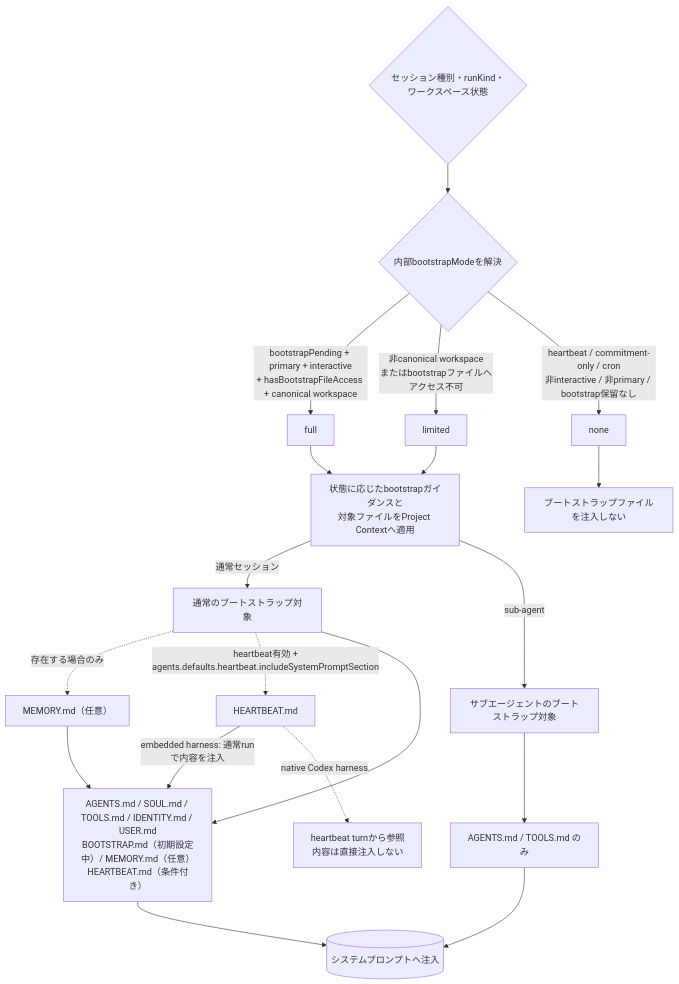
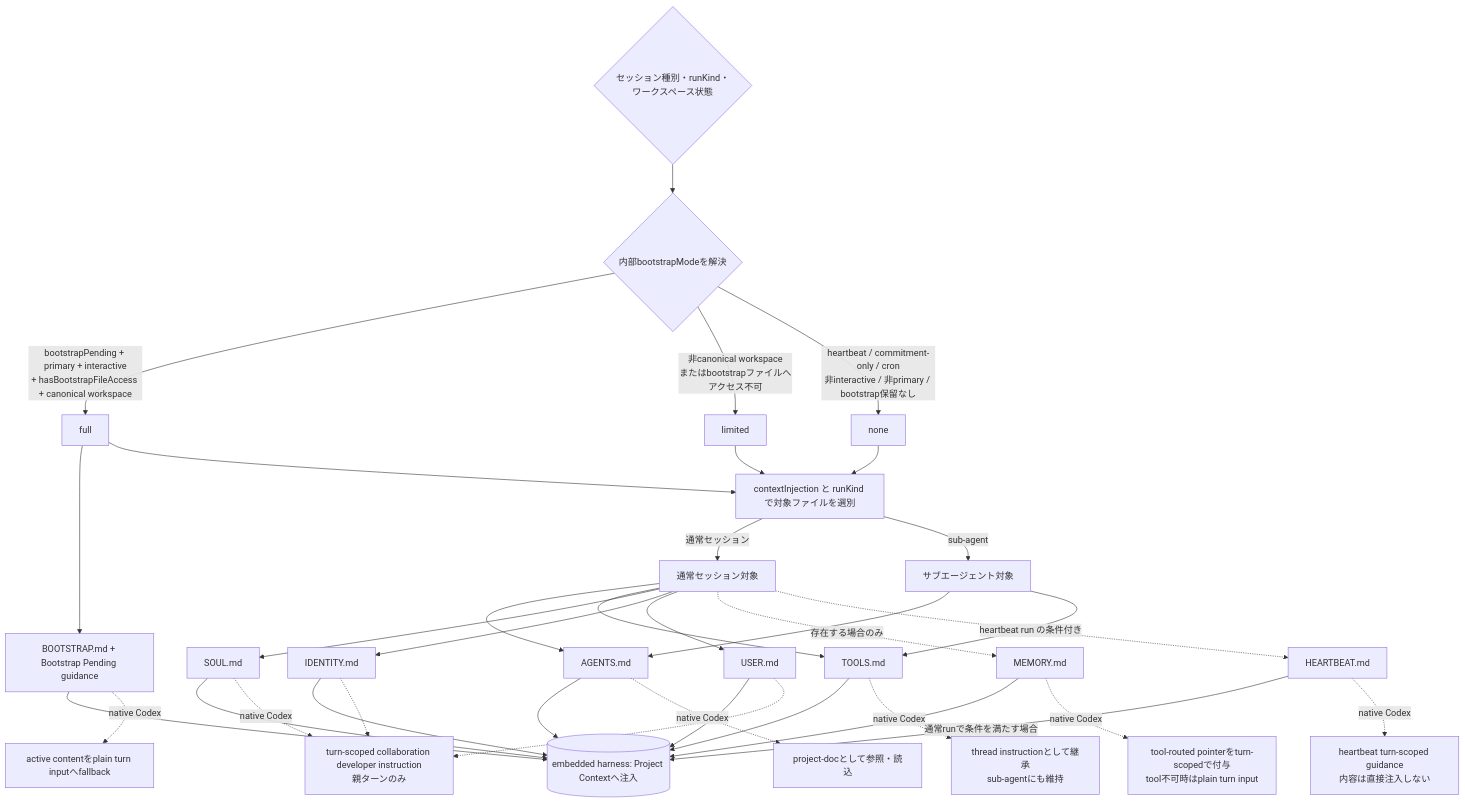
Before and after one commit to myoshi2891/Comparison-of-LLMs: the third of 7 diagrams in archive/md/agent/Openclaw-agent-best-practices.md, drawn with Mermaid. The commit also changed other lines of this file, not shown here.

Commit message:
docs(openclaw): clarify bootstrap and email safety boundaries

````diff
--- a/archive/md/agent/Openclaw-agent-best-practices.md
+++ b/archive/md/agent/Openclaw-agent-best-practices.md
@@ -107,24 +107,39 @@
 ```mermaid
 flowchart TB
     MODE{"セッション種別・runKind・<br/>ワークスペース状態"}
     MODE --> RESOLVE{"内部bootstrapModeを解決"}
     RESOLVE -->|"bootstrapPending + primary + interactive<br/>+ hasBootstrapFileAccess + canonical workspace"| FULL["full"]
     RESOLVE -->|"非canonical workspace<br/>またはbootstrapファイルへアクセス不可"| LIMITED["limited"]
     RESOLVE -->|"heartbeat / commitment-only / cron<br/>非interactive / 非primary / bootstrap保留なし"| NONE["none"]
-    FULL --> APPLY["状態に応じたbootstrapガイダンスと<br/>対象ファイルをProject Contextへ適用"]
-    LIMITED --> APPLY
-    NONE --> NOBOOT["ブートストラップファイルを注入しない"]
-    APPLY -->|"通常セッション"| MAIN["通常のブートストラップ対象"]
-    MAIN -.->|"存在する場合のみ"| MEM["MEMORY.md（任意）"]
-    MAINFILES["AGENTS.md / SOUL.md / TOOLS.md / IDENTITY.md / USER.md<br/>BOOTSTRAP.md（初期設定中）/ MEMORY.md（任意）<br/>HEARTBEAT.md（条件付き）"]
-    MAIN -.->|"heartbeat有効 +<br/>agents.defaults.heartbeat.includeSystemPromptSection"| HEARTBEAT["HEARTBEAT.md"]
-    HEARTBEAT -->|"embedded harness: 通常runで内容を注入"| MAINFILES
-    HEARTBEAT -.->|"native Codex harness"| HEARTBEATTURN["heartbeat turnから参照<br/>内容は直接注入しない"]
-    SUBFILES["AGENTS.md / TOOLS.md のみ"]
-    APPLY -->|"sub-agent"| SUB["サブエージェントのブートストラップ対象"]
-    MAIN --> MAINFILES
-    MEM --> MAINFILES
-    SUB --> SUBFILES
-    MAINFILES --> SYS[("システムプロンプトへ注入")]
-    SUBFILES --> SYS
+    FULL --> BOOT["BOOTSTRAP.md + Bootstrap Pending guidance"]
+    FULL --> SELECT["contextInjection と runKind で対象ファイルを選別"]
+    LIMITED --> SELECT
+    NONE --> SELECT
+    SELECT -->|"通常セッション"| MAIN["通常セッション対象"]
+    SELECT -->|"sub-agent"| SUB["サブエージェント対象"]
+    MAIN --> AGENTS["AGENTS.md"]
+    MAIN --> TOOLS["TOOLS.md"]
+    MAIN --> SOUL["SOUL.md"]
+    MAIN --> IDENTITY["IDENTITY.md"]
+    MAIN --> USER["USER.md"]
+    MAIN -.->|"存在する場合のみ"| MEMORY["MEMORY.md"]
+    MAIN -.->|"heartbeat run の条件付き"| HEARTBEAT["HEARTBEAT.md"]
+    SUB --> AGENTS
+    SUB --> TOOLS
+    BOOT --> EMBEDSYS[("embedded harness: Project Contextへ注入")]
+    AGENTS --> EMBEDSYS
+    TOOLS --> EMBEDSYS
+    SOUL --> EMBEDSYS
+    IDENTITY --> EMBEDSYS
+    USER --> EMBEDSYS
+    MEMORY --> EMBEDSYS
+    HEARTBEAT -->|"通常runで条件を満たす場合"| EMBEDSYS
+    AGENTS -.->|"native Codex"| NATIVEPROJECT["project-docとして参照・読込"]
+    TOOLS -.->|"native Codex"| NATIVEINHERIT["thread instructionとして継承<br/>sub-agentにも維持"]
+    SOUL -.->|"native Codex"| NATIVETURN["turn-scoped collaboration developer instruction<br/>親ターンのみ"]
+    IDENTITY -.-> NATIVETURN
+    USER -.-> NATIVETURN
+    MEMORY -.->|"native Codex"| NATIVEMEM["tool-routed pointerをturn-scopedで付与<br/>tool不可時はplain turn input"]
+    BOOT -.->|"native Codex"| NATIVEBOOT["active contentをplain turn inputへfallback"]
+    HEARTBEAT -.->|"native Codex"| HEARTBEATTURN["heartbeat turn-scoped guidance<br/>内容は直接注入しない"]
 ```
````
